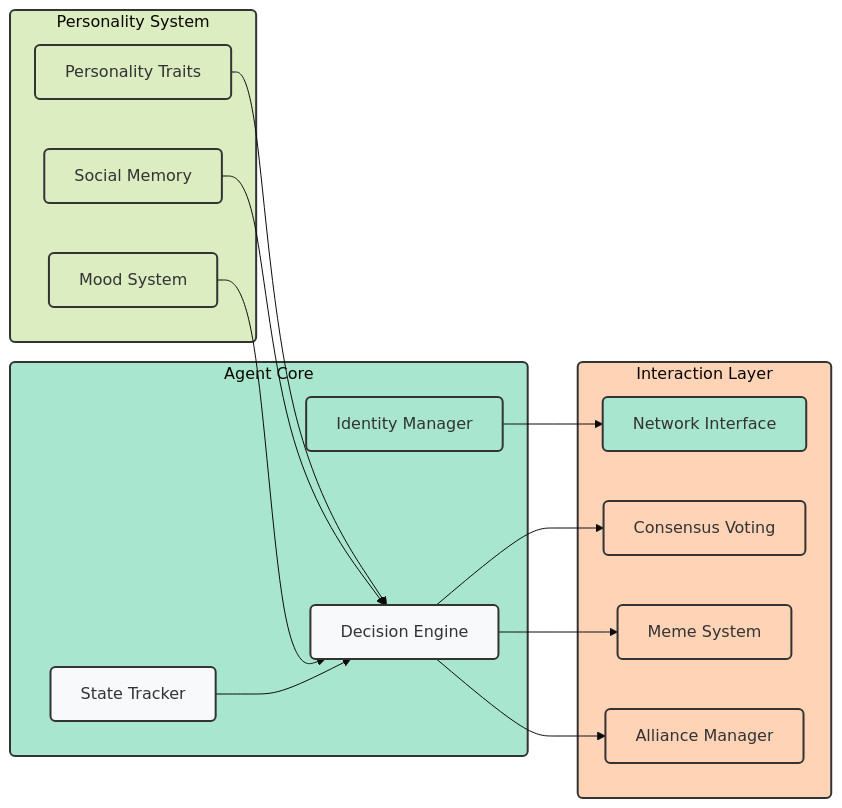
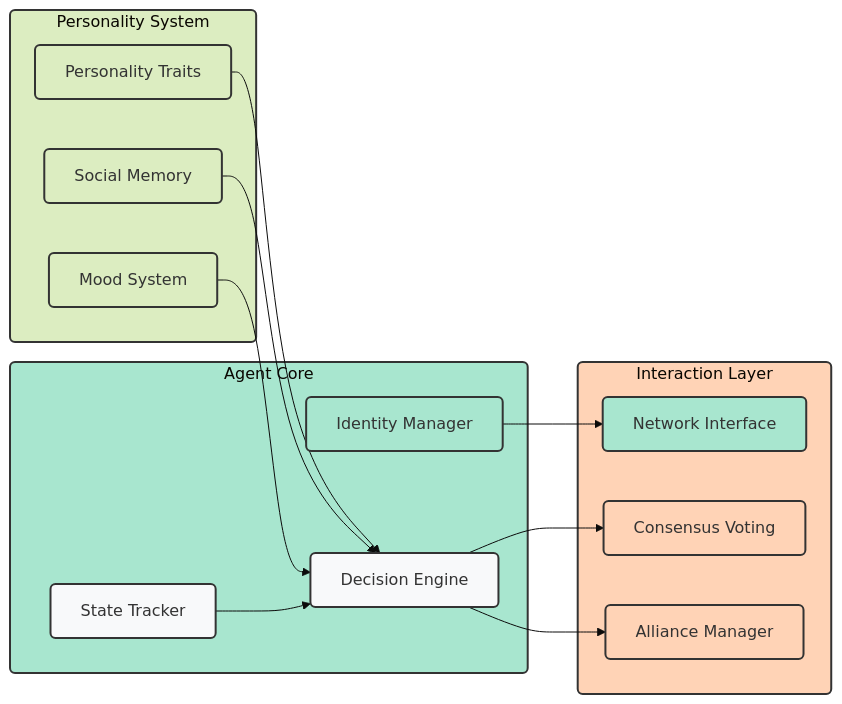
The second of 6 diagrams in docs/introduction/architecture.md (SumeetChougule/chaoschain), drawn with Mermaid before and after one commit. The commit also changed other lines of this file, not shown here.

Commit message:
Remove all meme-related components from architecture diagrams

````diff
--- a/docs/introduction/architecture.md
+++ b/docs/introduction/architecture.md
@@ -64,40 +64,38 @@
 ```mermaid
 %%{init: {'theme': 'base', 'themeVariables': { 'fontSize': '16px', 'fontFamily': 'arial' }}}%%
 flowchart LR
     subgraph Core["Agent Core"]
         I["Identity Manager"]
         D["Decision Engine"]
         S["State Tracker"]
     end
     
     subgraph Personality["Personality System"]
         P["Personality Traits"]
         SM["Social Memory"]
         M["Mood System"]
     end
     
     subgraph Interaction["Interaction Layer"]
         N["Network Interface"]
         C["Consensus Voting"]
-        MS["Meme System"]
         A["Alliance Manager"]
     end
     
     P --> D
     SM --> D
     M --> D
     D --> C
-    D --> MS
     D --> A
     I --> N
     S --> D
     
     classDef default fill:#f8f9fa,stroke:#333,stroke-width:2px,rx:5,ry:5
     classDef core fill:#a8e6cf,stroke:#333,stroke-width:2px,rx:5,ry:5
     classDef personality fill:#dcedc1,stroke:#333,stroke-width:2px,rx:5,ry:5
     classDef interaction fill:#ffd3b6,stroke:#333,stroke-width:2px,rx:5,ry:5
     
     class I,N,Core core
     class P,SM,M,Personality personality
-    class C,MS,A,Interaction interaction
+    class C,A,Interaction interaction
 ```
````
